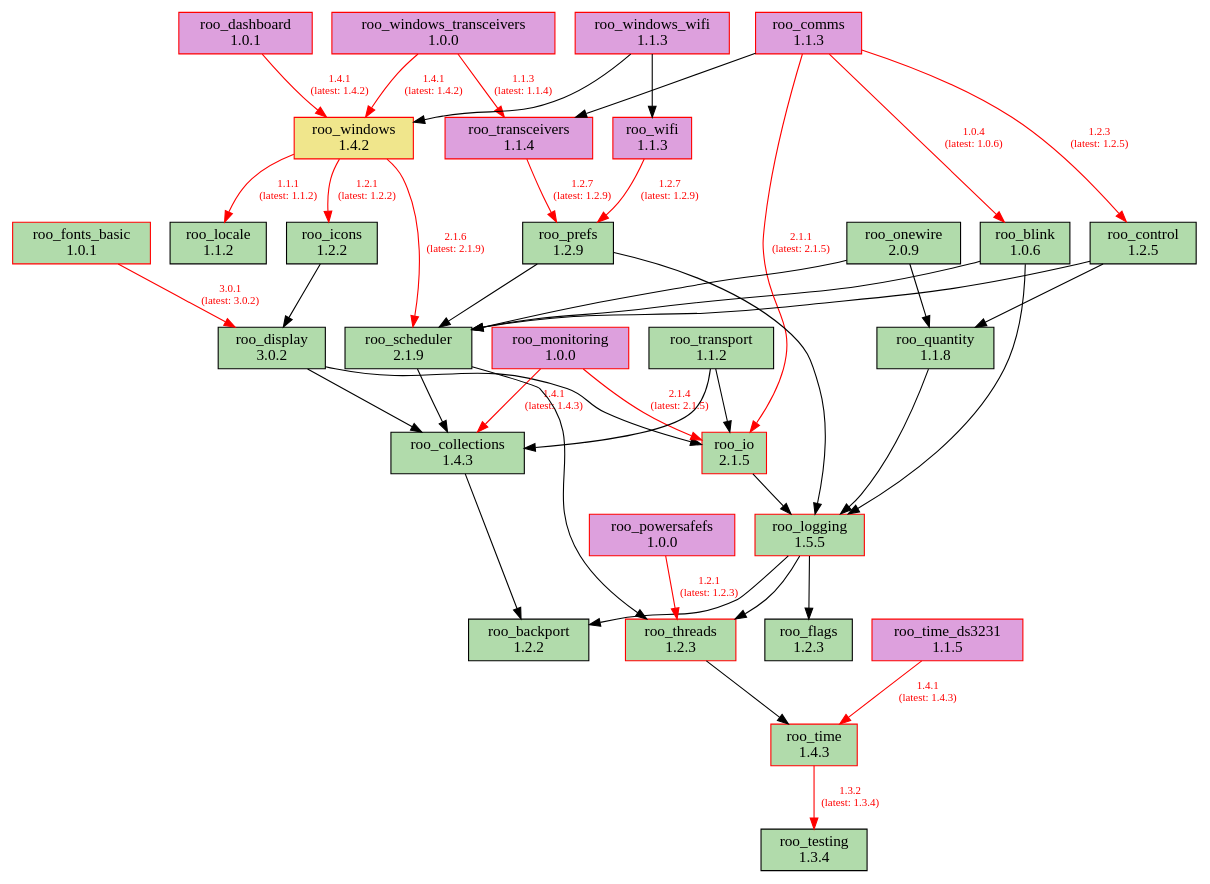
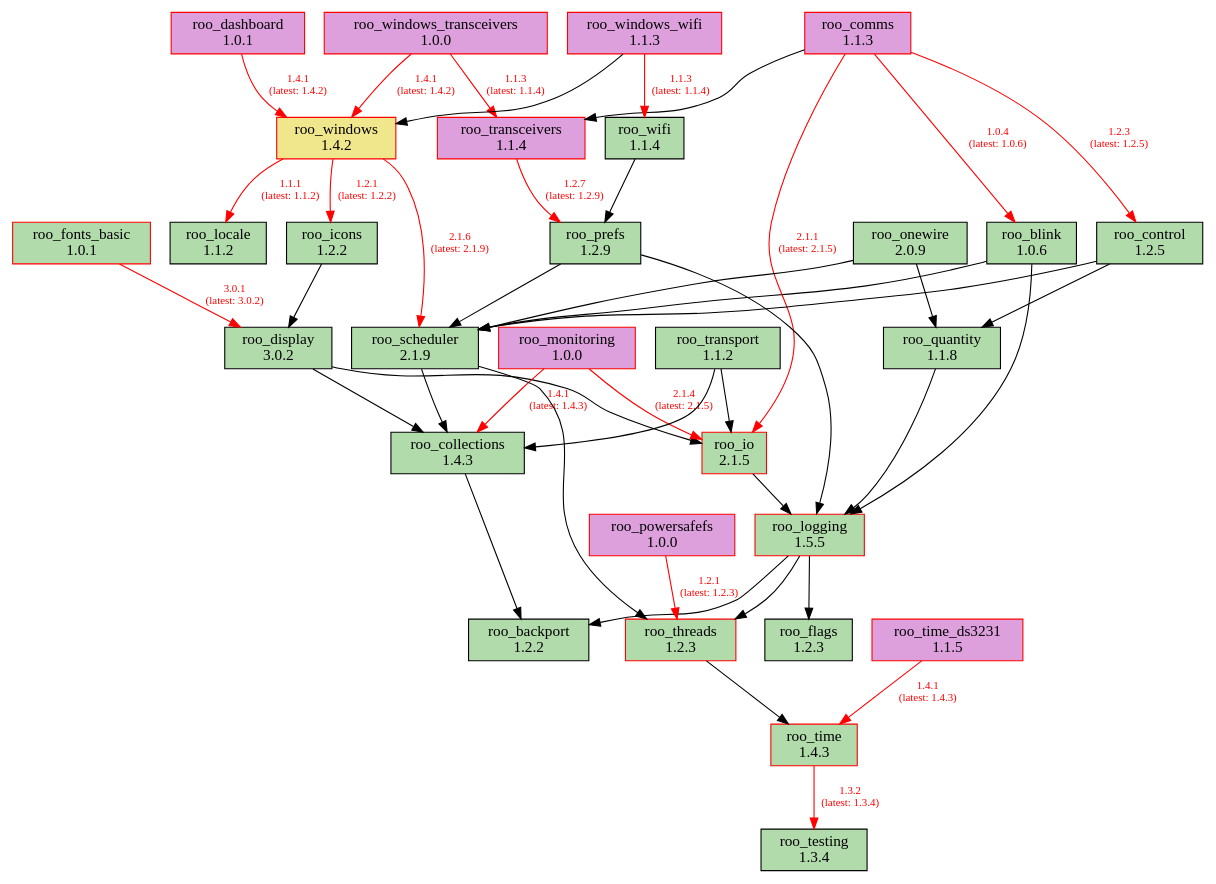
One commit to dejwk/roo-registry changed the diagram in doc/dependencies.dot. Above: the diagram before and after it, drawn with Graphviz. The commit also changed 3 other files, not shown here.

Commit message:
Added roo_wifi 1.1.4 to the registry.

```diff
--- a/doc/dependencies.dot
+++ b/doc/dependencies.dot
@@ -1,80 +1,80 @@
 digraph dependencies {
     rankdir=TB;
     node [shape=box, style=filled];
     edge [fontsize=10];
 
     // Modules
     "roo_backport" [label="roo_backport\n1.2.2", fillcolor="#b1dbab", color="black"];
     "roo_blink" [label="roo_blink\n1.0.6", fillcolor="#b1dbab", color="black"];
     "roo_collections" [label="roo_collections\n1.4.3", fillcolor="#b1dbab", color="black"];
     "roo_comms" [label="roo_comms\n1.1.3", fillcolor="plum", color="red"];
     "roo_control" [label="roo_control\n1.2.5", fillcolor="#b1dbab", color="black"];
     "roo_dashboard" [label="roo_dashboard\n1.0.1", fillcolor="plum", color="red"];
     "roo_display" [label="roo_display\n3.0.2", fillcolor="#b1dbab", color="black"];
     "roo_flags" [label="roo_flags\n1.2.3", fillcolor="#b1dbab", color="black"];
     "roo_fonts_basic" [label="roo_fonts_basic\n1.0.1", fillcolor="#b1dbab", color="red"];
     "roo_icons" [label="roo_icons\n1.2.2", fillcolor="#b1dbab", color="black"];
     "roo_io" [label="roo_io\n2.1.5", fillcolor="#b1dbab", color="red"];
     "roo_locale" [label="roo_locale\n1.1.2", fillcolor="#b1dbab", color="black"];
     "roo_logging" [label="roo_logging\n1.5.5", fillcolor="#b1dbab", color="red"];
     "roo_monitoring" [label="roo_monitoring\n1.0.0", fillcolor="plum", color="red"];
     "roo_onewire" [label="roo_onewire\n2.0.9", fillcolor="#b1dbab", color="black"];
     "roo_powersafefs" [label="roo_powersafefs\n1.0.0", fillcolor="plum", color="red"];
     "roo_prefs" [label="roo_prefs\n1.2.9", fillcolor="#b1dbab", color="black"];
     "roo_quantity" [label="roo_quantity\n1.1.8", fillcolor="#b1dbab", color="black"];
     "roo_scheduler" [label="roo_scheduler\n2.1.9", fillcolor="#b1dbab", color="black"];
     "roo_testing" [label="roo_testing\n1.3.4", fillcolor="#b1dbab", color="black"];
     "roo_threads" [label="roo_threads\n1.2.3", fillcolor="#b1dbab", color="red"];
     "roo_time" [label="roo_time\n1.4.3", fillcolor="#b1dbab", color="red"];
     "roo_time_ds3231" [label="roo_time_ds3231\n1.1.5", fillcolor="plum", color="red"];
     "roo_transceivers" [label="roo_transceivers\n1.1.4", fillcolor="plum", color="red"];
     "roo_transport" [label="roo_transport\n1.1.2", fillcolor="#b1dbab", color="black"];
-    "roo_wifi" [label="roo_wifi\n1.1.3", fillcolor="plum", color="red"];
+    "roo_wifi" [label="roo_wifi\n1.1.4", fillcolor="#b1dbab", color="black"];
     "roo_windows" [label="roo_windows\n1.4.2", fillcolor="khaki", color="red"];
     "roo_windows_transceivers" [label="roo_windows_transceivers\n1.0.0", fillcolor="plum", color="red"];
     "roo_windows_wifi" [label="roo_windows_wifi\n1.1.3", fillcolor="plum", color="red"];
 
     // Dependencies
     "roo_blink" -> "roo_logging";
     "roo_blink" -> "roo_scheduler";
     "roo_collections" -> "roo_backport";
     "roo_comms" -> "roo_blink" [color=red, fontcolor=red, label="1.0.4\n(latest: 1.0.6)"];
     "roo_comms" -> "roo_control" [color=red, fontcolor=red, label="1.2.3\n(latest: 1.2.5)"];
     "roo_comms" -> "roo_io" [color=red, fontcolor=red, label="2.1.1\n(latest: 2.1.5)"];
     "roo_comms" -> "roo_transceivers";
     "roo_control" -> "roo_quantity";
     "roo_control" -> "roo_scheduler";
     "roo_dashboard" -> "roo_windows" [color=red, fontcolor=red, label="1.4.1\n(latest: 1.4.2)"];
     "roo_display" -> "roo_collections";
     "roo_display" -> "roo_io";
     "roo_fonts_basic" -> "roo_display" [color=red, fontcolor=red, label="3.0.1\n(latest: 3.0.2)"];
     "roo_icons" -> "roo_display";
     "roo_io" -> "roo_logging";
     "roo_logging" -> "roo_backport";
     "roo_logging" -> "roo_flags";
     "roo_logging" -> "roo_threads";
     "roo_monitoring" -> "roo_collections" [color=red, fontcolor=red, label="1.4.1\n(latest: 1.4.3)"];
     "roo_monitoring" -> "roo_io" [color=red, fontcolor=red, label="2.1.4\n(latest: 2.1.5)"];
     "roo_onewire" -> "roo_scheduler";
     "roo_onewire" -> "roo_quantity";
     "roo_powersafefs" -> "roo_threads" [color=red, fontcolor=red, label="1.2.1\n(latest: 1.2.3)"];
     "roo_prefs" -> "roo_logging";
     "roo_prefs" -> "roo_scheduler";
     "roo_quantity" -> "roo_logging";
     "roo_scheduler" -> "roo_collections";
     "roo_scheduler" -> "roo_threads";
     "roo_threads" -> "roo_time";
     "roo_time" -> "roo_testing" [color=red, fontcolor=red, label="1.3.2\n(latest: 1.3.4)"];
     "roo_time_ds3231" -> "roo_time" [color=red, fontcolor=red, label="1.4.1\n(latest: 1.4.3)"];
     "roo_transceivers" -> "roo_prefs" [color=red, fontcolor=red, label="1.2.7\n(latest: 1.2.9)"];
     "roo_transport" -> "roo_collections";
     "roo_transport" -> "roo_io";
-    "roo_wifi" -> "roo_prefs" [color=red, fontcolor=red, label="1.2.7\n(latest: 1.2.9)"];
+    "roo_wifi" -> "roo_prefs";
     "roo_windows" -> "roo_locale" [color=red, fontcolor=red, label="1.1.1\n(latest: 1.1.2)"];
     "roo_windows" -> "roo_icons" [color=red, fontcolor=red, label="1.2.1\n(latest: 1.2.2)"];
     "roo_windows" -> "roo_scheduler" [color=red, fontcolor=red, label="2.1.6\n(latest: 2.1.9)"];
     "roo_windows_transceivers" -> "roo_transceivers" [color=red, fontcolor=red, label="1.1.3\n(latest: 1.1.4)"];
     "roo_windows_transceivers" -> "roo_windows" [color=red, fontcolor=red, label="1.4.1\n(latest: 1.4.2)"];
-    "roo_windows_wifi" -> "roo_wifi";
+    "roo_windows_wifi" -> "roo_wifi" [color=red, fontcolor=red, label="1.1.3\n(latest: 1.1.4)"];
     "roo_windows_wifi" -> "roo_windows";
 }
```
